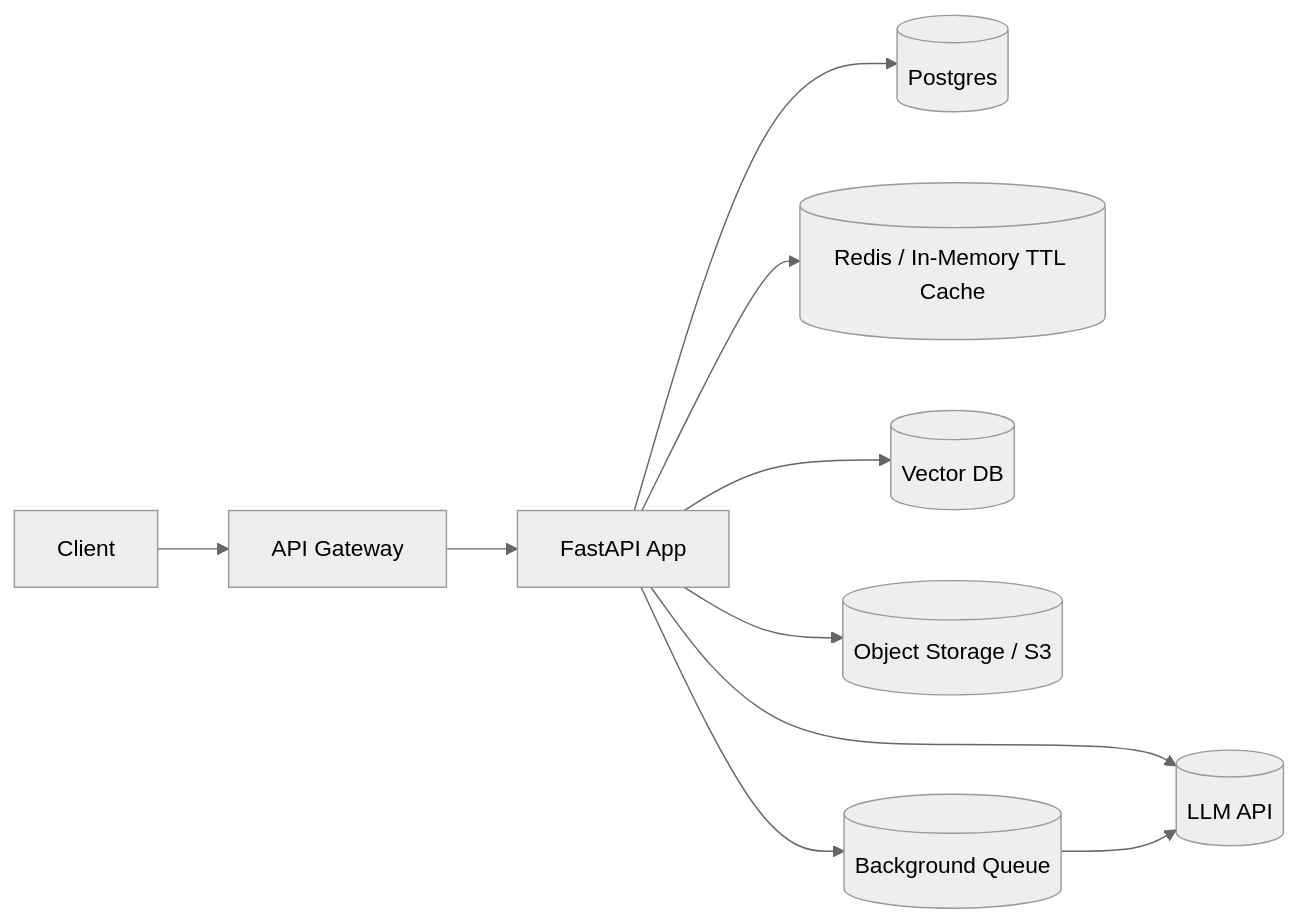
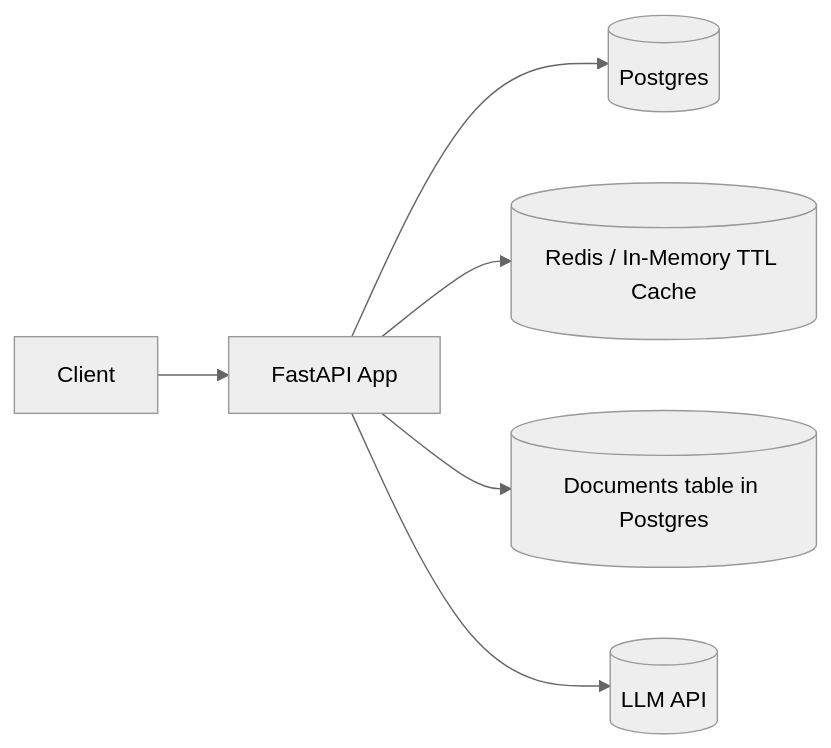
The first of 4 diagrams in README.md (rishabhnagardev/bot-gpt-backend), drawn with Mermaid (neutral theme) before and after one commit. The commit also changed other lines of this file, not shown here.

````diff
--- a/README.md
+++ b/README.md
@@ -87,12 +87,8 @@
 ```mermaid
 flowchart LR
-  A[Client] --> B[API Gateway]
-  B --> C[FastAPI App]
+  A[Client] --> C[FastAPI App]
   C --> D[(Postgres)]
   C --> E[(Redis / In-Memory TTL Cache)]
-  C --> F[(Vector DB)]
+  C --> DOC[(Documents table in Postgres)]
   C --> G[(LLM API)]
-  C --> H[(Object Storage / S3)]
-  C --> I[(Background Queue)]
-  I --> G
 ```
````
